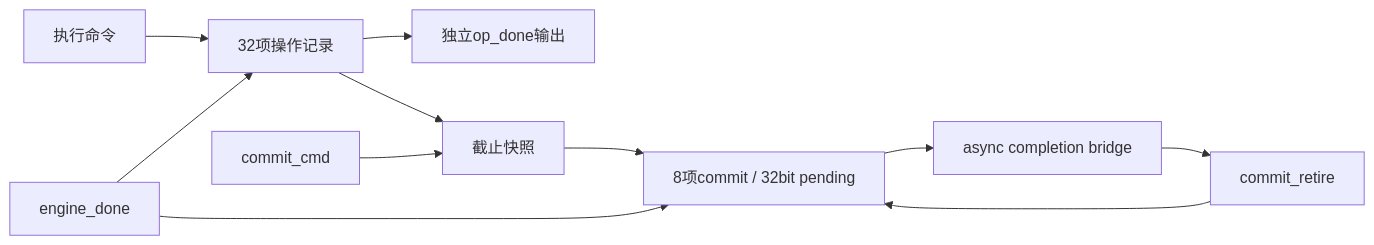
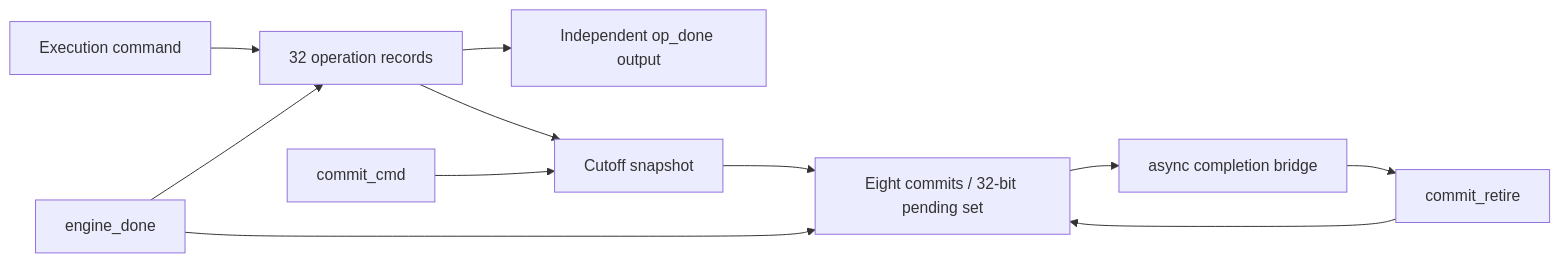
One commit to yuhin777/Allegro changed the diagram in doc/rtl_specs/tensor_core/blackwell_tc_completion_tracker.md. Above: the diagram before and after it, drawn with Mermaid. The commit also changed other lines of this file and 45 other files, not shown here.

````diff
--- a/doc/rtl_specs/tensor_core/blackwell_tc_completion_tracker.md
+++ b/doc/rtl_specs/tensor_core/blackwell_tc_completion_tracker.md
@@ -19,13 +19,13 @@
 ```mermaid
 flowchart LR
-  E[执行命令] --> O[32项操作记录]
+  E["Execution command"] --> O["32 operation records"]
   D[engine_done] --> O
-  O --> SW[独立op_done输出]
-  C[commit_cmd] --> S[截止快照]
+  O --> SW["Independent op_done output"]
+  C[commit_cmd] --> S["Cutoff snapshot"]
   O --> S
-  S --> Q[8项commit / 32bit pending]
+  S --> Q["Eight commits / 32-bit pending set"]
   D --> Q
   Q --> B[async completion bridge]
   B --> R[commit_retire]
   R --> Q
 ```
````
